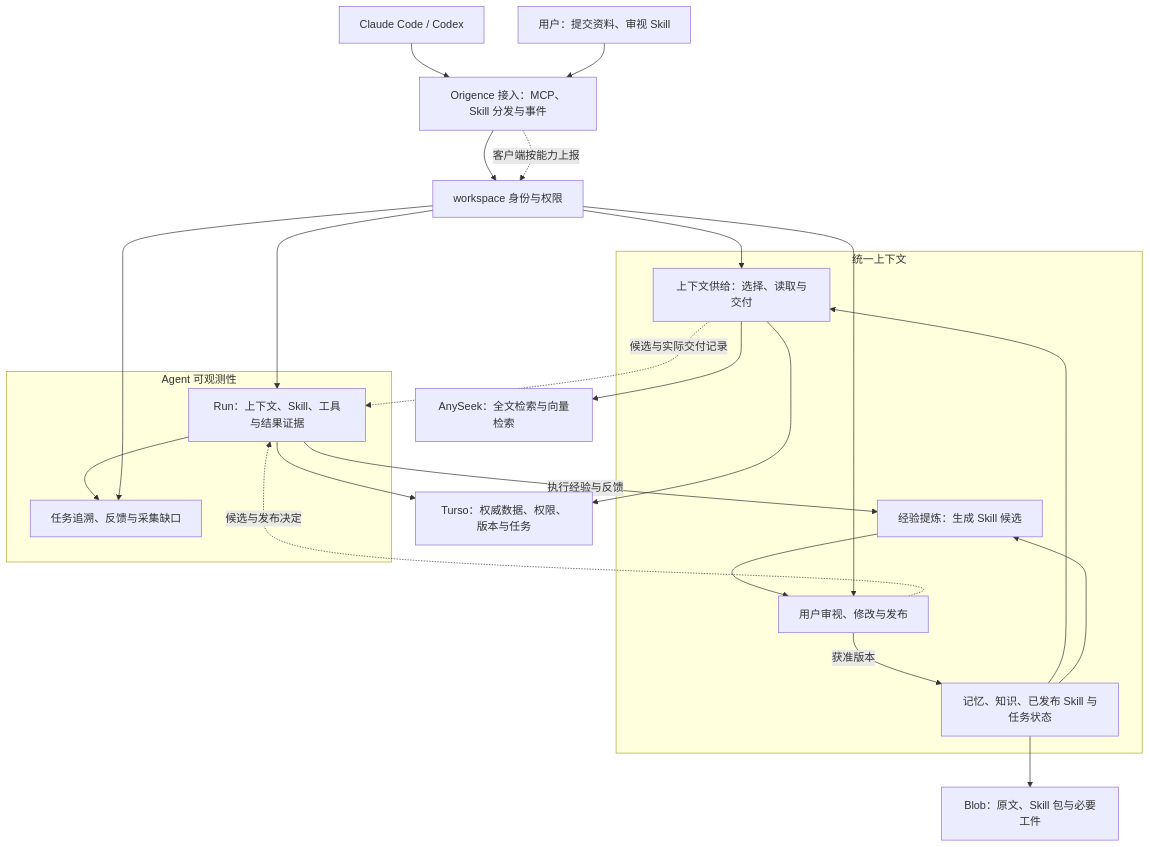
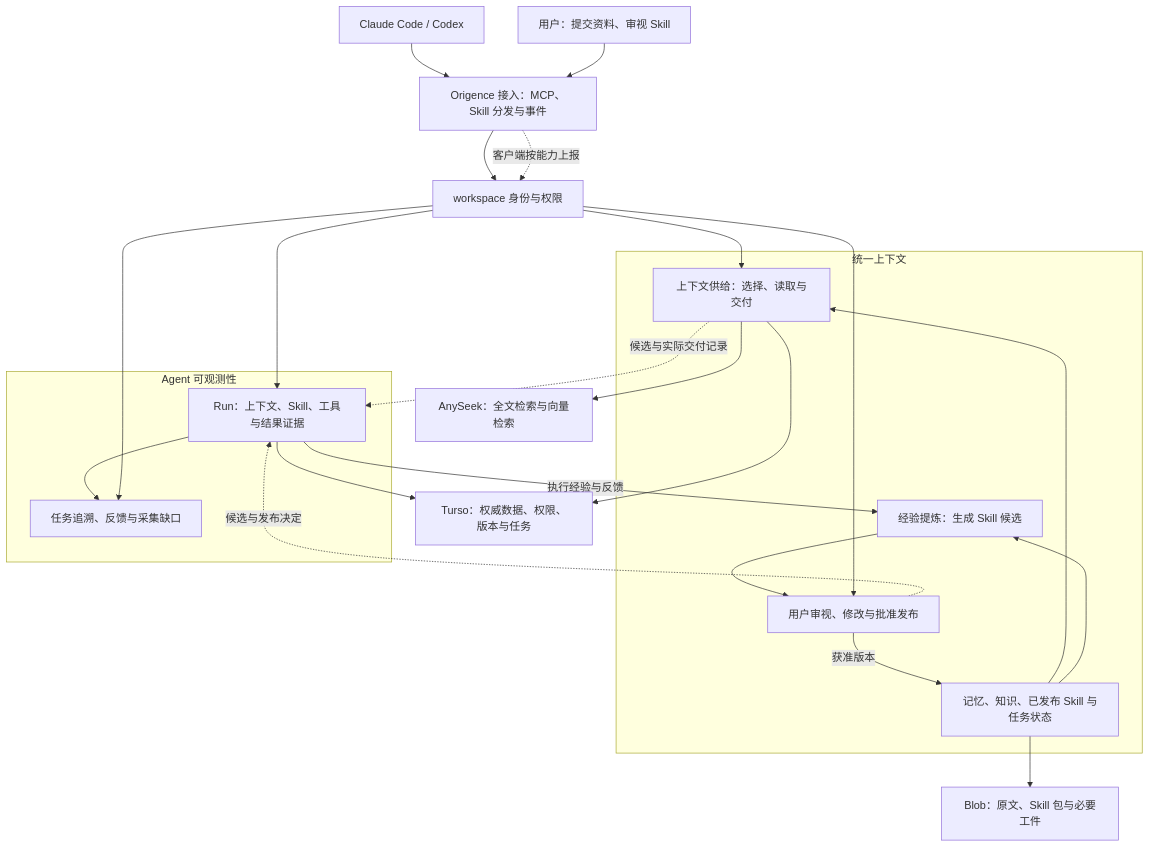
Before and after one commit to TheLudlows/Origence: the first of 2 diagrams in docs/superpowers/specs/2026-11-16-agent-data-foundation-architecture.md, drawn with Mermaid. The commit also changed other lines of this file and 5 other files, not shown here.

````diff
--- a/docs/superpowers/specs/2026-11-16-agent-data-foundation-architecture.md
+++ b/docs/superpowers/specs/2026-11-16-agent-data-foundation-architecture.md
@@ -25,33 +26,33 @@
 ```mermaid
 flowchart TB
     CLIENT[Claude Code / Codex] --> ACCESS[Origence 接入：MCP、Skill 分发与事件]
     USER[用户：提交资料、审视 Skill] --> ACCESS
     ACCESS --> AUTH[workspace 身份与权限]
     subgraph CONTEXT[统一上下文]
         ASSET[记忆、知识、已发布 Skill 与任务状态]
         SERVE[上下文供给：选择、读取与交付]
         LEARN[经验提炼：生成 Skill 候选]
-        REVIEW[用户审视、修改与发布]
+        REVIEW[用户审视、修改与批准发布]
         ASSET --> SERVE
         ASSET --> LEARN
         LEARN --> REVIEW
         REVIEW -->|获准版本| ASSET
     end
     AUTH --> SERVE
     AUTH --> REVIEW
     SERVE --> SEARCH[AnySeek：全文检索与向量检索]
     SERVE --> STORE[Turso：权威数据、权限、版本与任务]
     ASSET --> BLOB[Blob：原文、Skill 包与必要工件]
     subgraph OBS[Agent 可观测性]
         RUN[Run：上下文、Skill、工具与结果证据]
         VIEW[任务追溯、反馈与采集缺口]
         RUN --> VIEW
     end
     AUTH --> RUN
     AUTH --> VIEW
     SERVE -. 候选与实际交付记录 .-> RUN
     REVIEW -. 候选与发布决定 .-> RUN
     ACCESS -. 客户端按能力上报 .-> AUTH
     RUN -->|执行经验与反馈| LEARN
     RUN --> STORE
 ```
````
